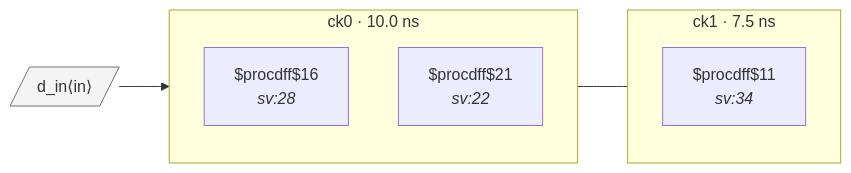
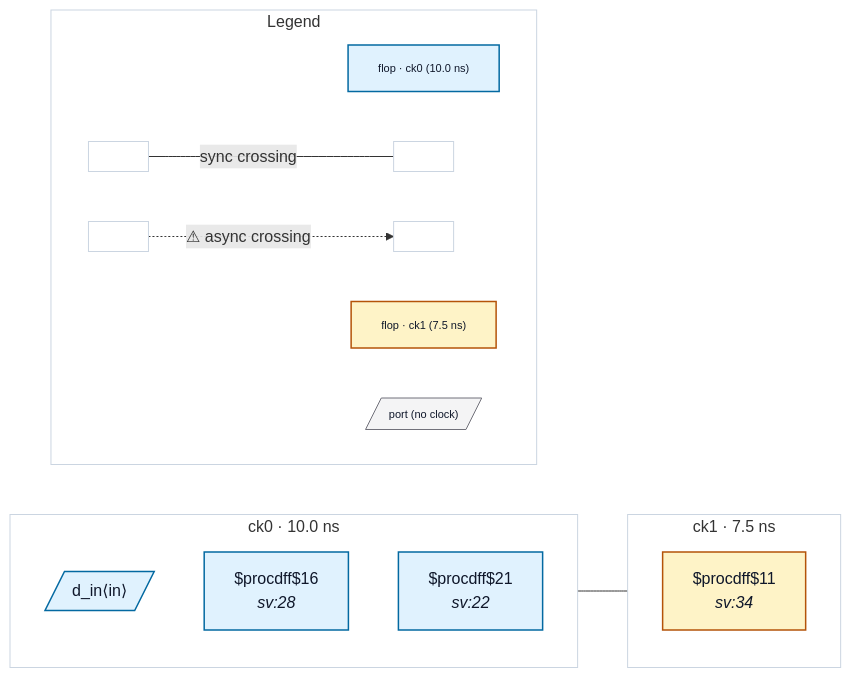
Before and after one commit to rtl-buddy/rtl-buddy-cdc: the diagram in tests/fixtures/good_exclusive_clock_mux/README.md, drawn with Mermaid. The commit also changed 71 other files, not shown here.

First line of the commit message:
Refresh fixture READMEs + render iterations (colors, legend, nested ports, clock-net edges)

````diff
--- a/tests/fixtures/good_exclusive_clock_mux/README.md
+++ b/tests/fixtures/good_exclusive_clock_mux/README.md
@@ -18,17 +18,41 @@
 ```mermaid
 %% good_exclusive_clock_mux — generated by rtl-buddy-cdc render
 flowchart LR
   subgraph clk_ck0["ck0 · 10.0 ns"]
     direction TB
-    f_91f762db["$procdff$16<br/><i>sv:28</i>"]
-    f_2c022bbf["$procdff$21<br/><i>sv:22</i>"]
+    p_in_d_in[/"d_in⟨in⟩"/]:::ckcls_ck0
+    f_91f762db["$procdff$16<br/><i>sv:28</i>"]:::ckcls_ck0
+    f_2c022bbf["$procdff$21<br/><i>sv:22</i>"]:::ckcls_ck0
   end
   subgraph clk_ck1["ck1 · 7.5 ns"]
     direction TB
-    f_f3afbeba["$procdff$11<br/><i>sv:34</i>"]
+    f_f3afbeba["$procdff$11<br/><i>sv:34</i>"]:::ckcls_ck1
   end
-  p_in_d_in[/"d_in⟨in⟩"/]:::port
-  p_in_d_in --> f_91f762db
   f_91f762db --- f_f3afbeba
-  classDef port fill:#f4f4f5,stroke:#71717a
+  subgraph rb_legend["Legend"]
+    direction LR
+    lg_clk_ck0["flop · ck0 (10.0 ns)"]:::ckcls_ck0
+    lg_clk_ck1["flop · ck1 (7.5 ns)"]:::ckcls_ck1
+    lg_port[/"port (no clock)"/]:::port_unassigned
+    lg_sync_a[" "]:::ckcls_legend_neutral
+    lg_sync_b[" "]:::ckcls_legend_neutral
+    lg_async_a[" "]:::ckcls_legend_neutral
+    lg_async_b[" "]:::ckcls_legend_neutral
+    lg_sync_a --- |"sync crossing"| lg_sync_b
+    lg_async_a -. "⚠ async crossing" .-> lg_async_b
+  end
+  style clk_ck0 fill:none,stroke:#cbd5e1
+  style clk_ck1 fill:none,stroke:#cbd5e1
+  style rb_legend fill:none,stroke:#cbd5e1
+  style lg_clk_ck0 font-size:11px
+  style lg_clk_ck1 font-size:11px
+  style lg_port font-size:11px
+  style lg_sync_a font-size:11px
+  style lg_sync_b font-size:11px
+  style lg_async_a font-size:11px
+  style lg_async_b font-size:11px
+  classDef ckcls_ck0 fill:#e0f2fe,stroke:#0369a1,stroke-width:1.5px,color:#0f172a
+  classDef ckcls_ck1 fill:#fef3c7,stroke:#b45309,stroke-width:1.5px,color:#0f172a
+  classDef port_unassigned fill:#f4f4f5,stroke:#71717a,color:#0f172a
+  classDef ckcls_legend_neutral fill:#ffffff,stroke:#cbd5e1,stroke-width:1px,color:#0f172a
 ```
````
